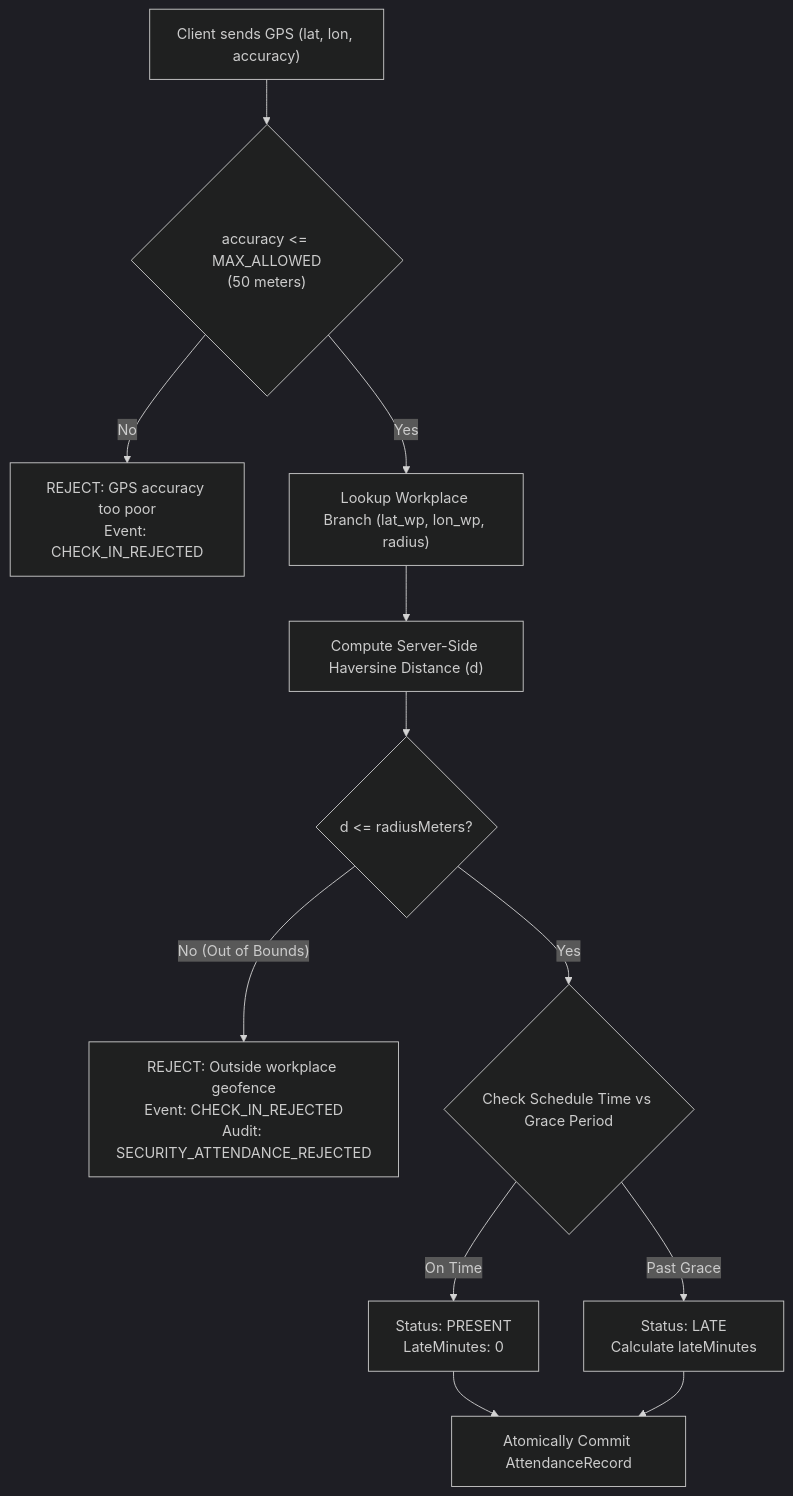
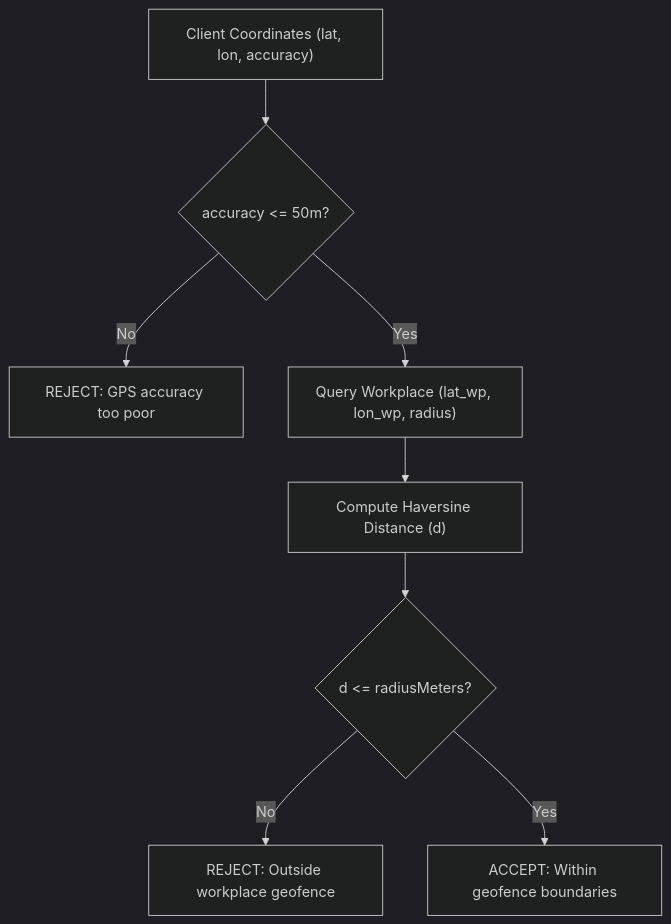
One commit to IbrahimElshishtawy/Employee_jops changed the seventh of 10 diagrams in backend/docs/SYSTEM_ARCHITECTURE.md. Above: the diagram before and after it, drawn with Mermaid (dark theme). The commit also changed other lines of this file, not shown here.

Commit message:
docs: finalize complete architecture blueprint and visual system map

````diff
--- a/backend/docs/SYSTEM_ARCHITECTURE.md
+++ b/backend/docs/SYSTEM_ARCHITECTURE.md
@@ -189,18 +235,12 @@
 ```mermaid
 flowchart TD
-    Start["Client sends GPS (lat, lon, accuracy)"] --> ValAccuracy{"accuracy <= MAX_ALLOWED\n(50 meters)"}
-    ValAccuracy -- No --> RejectAcc["REJECT: GPS accuracy too poor\nEvent: CHECK_IN_REJECTED"]
+    ClientCoord["Client Coordinates (lat, lon, accuracy)"] --> ValAccuracy{"accuracy <= 50m?"}
+    ValAccuracy -- No --> RejectAcc["REJECT: GPS accuracy too poor"]
     
-    ValAccuracy -- Yes --> FetchWP["Lookup Workplace Branch (lat_wp, lon_wp, radius)"]
-    FetchWP --> ServerHaversine["Compute Server-Side Haversine Distance (d)"]
+    ValAccuracy -- Yes --> FetchWorkplace["Query Workplace (lat_wp, lon_wp, radius)"]
+    FetchWorkplace --> ComputeHaversine["Compute Haversine Distance (d)"]
     
-    ServerHaversine --> CheckRadius{"d <= radiusMeters?"}
-    CheckRadius -- No (Out of Bounds) --> RejectGeo["REJECT: Outside workplace geofence\nEvent: CHECK_IN_REJECTED\nAudit: SECURITY_ATTENDANCE_REJECTED"]
-    
-    CheckRadius -- Yes --> CheckTime{"Check Schedule Time vs Grace Period"}
-    CheckTime -- On Time --> MarkPresent["Status: PRESENT\nLateMinutes: 0"]
-    CheckTime -- Past Grace --> MarkLate["Status: LATE\nCalculate lateMinutes"]
-    
-    MarkPresent --> SaveDB["Atomically Commit AttendanceRecord"]
-    MarkLate --> SaveDB
+    ComputeHaversine --> CheckRadius{"d <= radiusMeters?"}
+    CheckRadius -- No --> RejectGeo["REJECT: Outside workplace geofence"]
+    CheckRadius -- Yes --> AcceptGeo["ACCEPT: Within geofence boundaries"]
 ```
````
